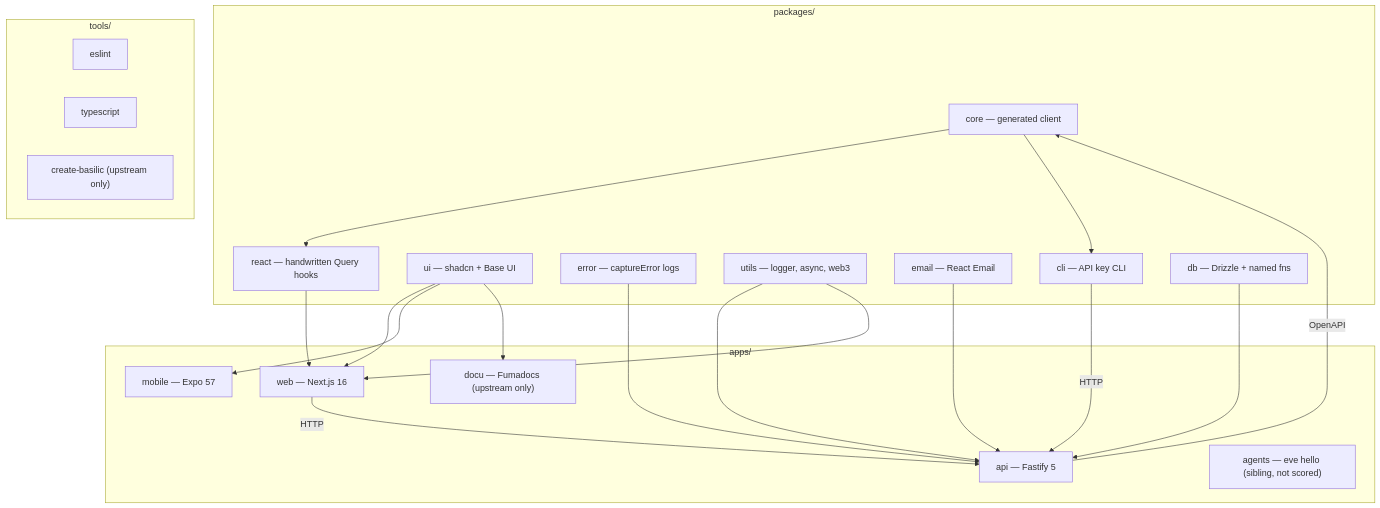
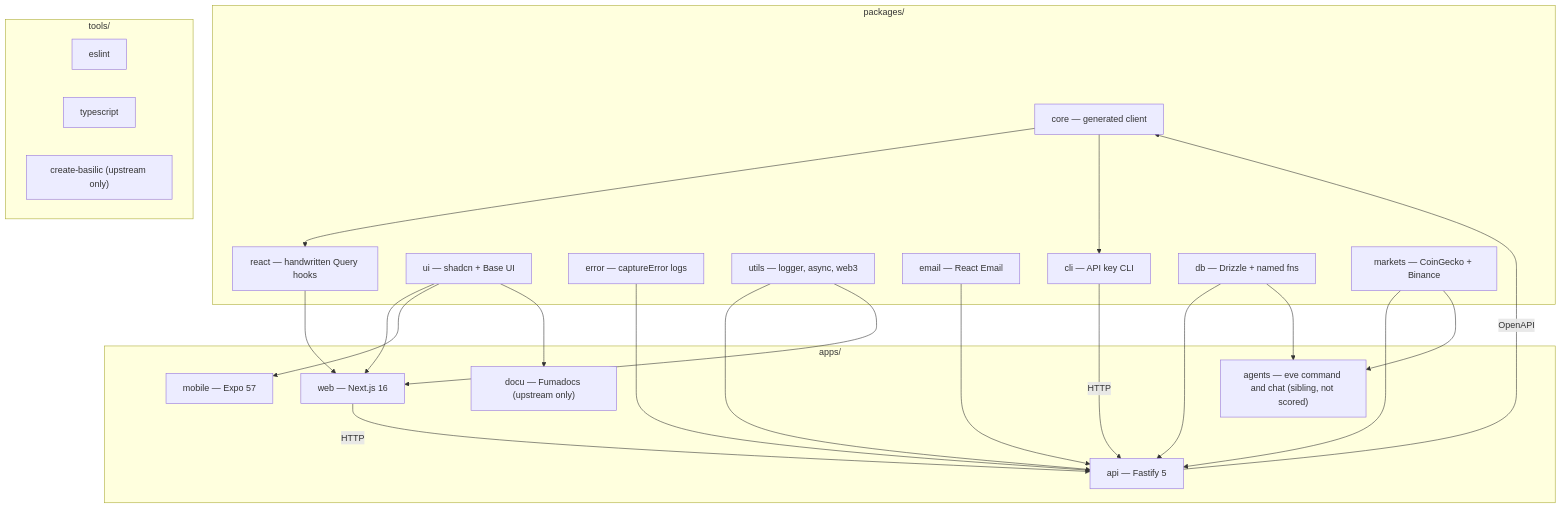
One commit to blockmatic/basilic changed the diagram in apps/docu/content/docs/architecture/monorepo.mdx. Above: the diagram before and after it, drawn with Mermaid. The commit also changed other lines of this file and 104 other files, not shown here.

First line of the commit message:
feat(agents): extract markets and jwt product agents (#242)

````diff
--- a/apps/docu/content/docs/architecture/monorepo.mdx
+++ b/apps/docu/content/docs/architecture/monorepo.mdx
@@ -8,42 +8,46 @@
 ```mermaid
 flowchart TB
   subgraph Packages["packages/"]
     Core["core — generated client"]
     React["react — handwritten Query hooks"]
     UI["ui — shadcn + Base UI"]
     Error["error — captureError logs"]
     Utils["utils — logger, async, web3"]
     Email["email — React Email"]
     Cli["cli — API key CLI"]
     Db["db — Drizzle + named fns"]
+    Markets["markets — CoinGecko + Binance"]
   end
 
   subgraph Apps["apps/"]
     API["api — Fastify 5"]
     Web["web — Next.js 16"]
     Mobile["mobile — Expo 57"]
-    Agents["agents — eve hello (sibling, not scored)"]
+    Agents["agents — eve command and chat (sibling, not scored)"]
     Docu["docu — Fumadocs (upstream only)"]
   end
 
   subgraph Tools["tools/"]
     Eslint["eslint"]
     Ts["typescript"]
     Create["create-basilic (upstream only)"]
   end
 
   API -->|OpenAPI| Core
   Core --> React
   Core --> Cli
   React --> Web
   UI --> Web
   UI --> Mobile
   UI --> Docu
   Error --> API
   Utils --> API
   Utils --> Web
   Email --> API
   Db --> API
+  Markets --> API
+  Db --> Agents
+  Markets --> Agents
   Web -->|HTTP| API
   Cli -->|HTTP| API
 ```
````
